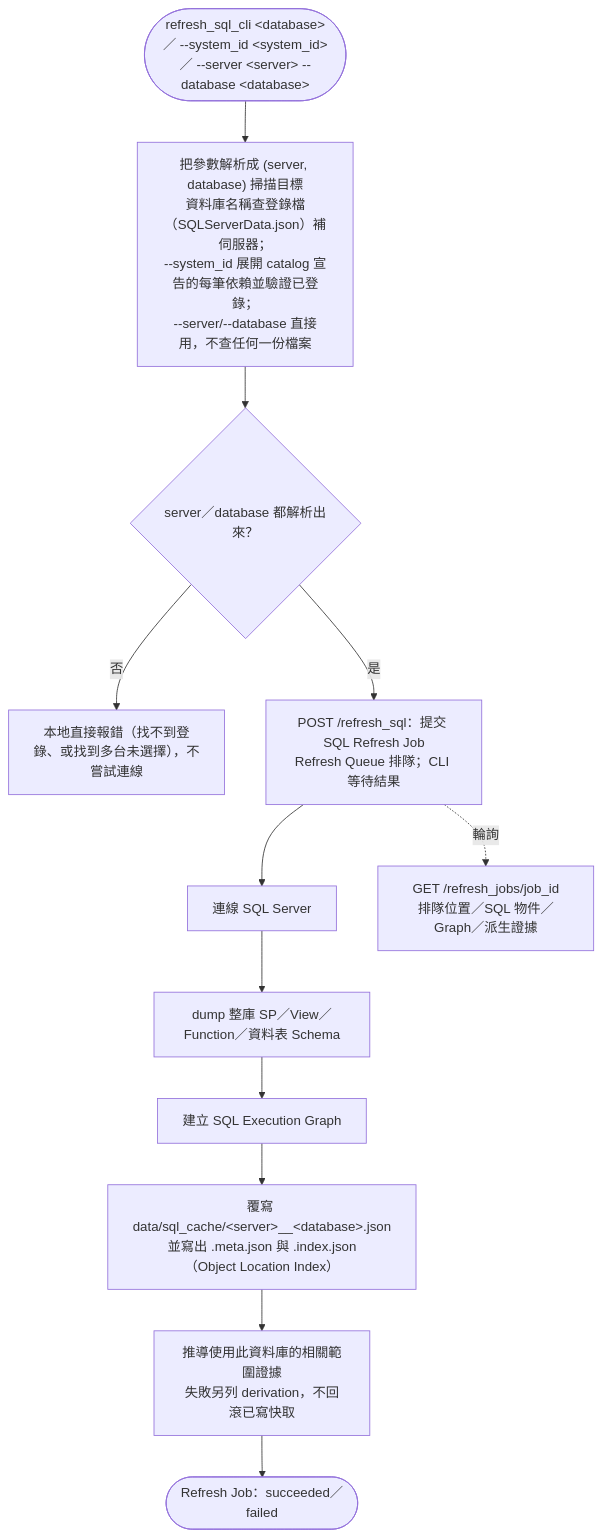
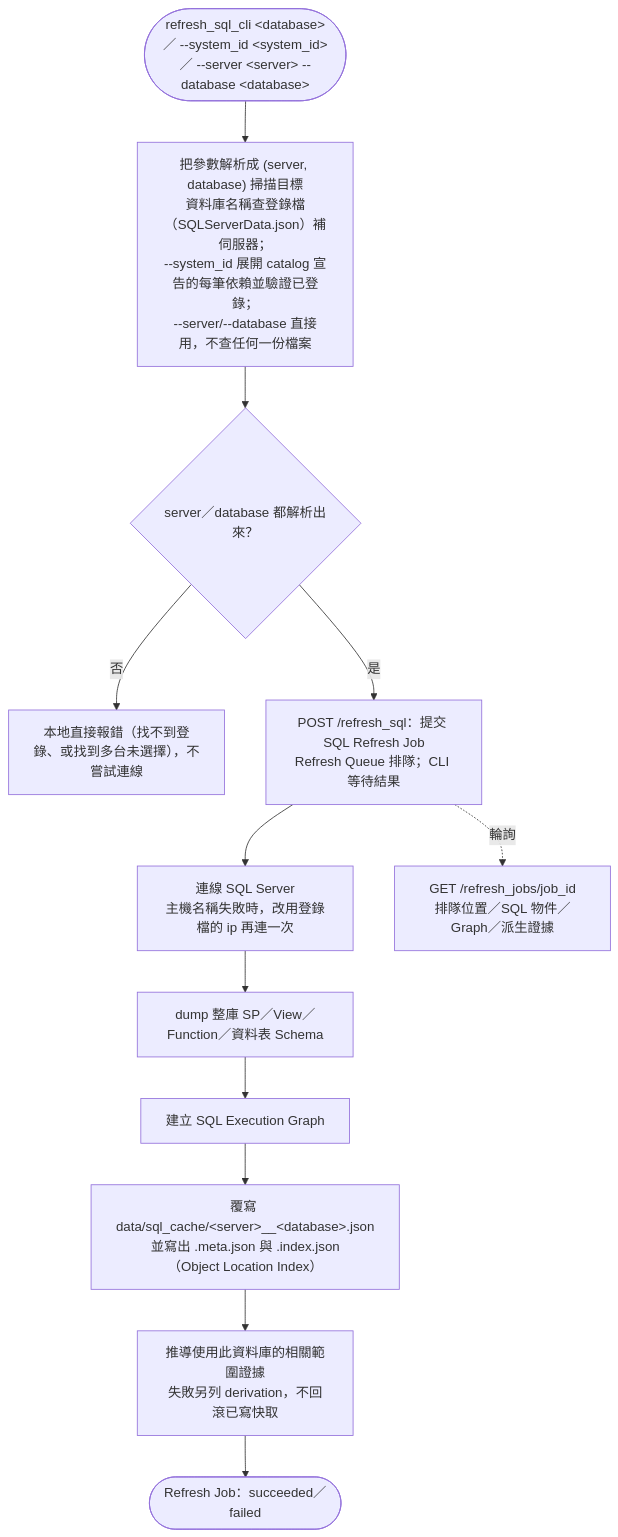
Before and after one commit to vy088772/Impact_analysis_system: the fourth of 7 diagrams in docs/流程圖.md, drawn with Mermaid. The commit also changed other lines of this file and 3 other files, not shown here.

````diff
--- a/docs/流程圖.md
+++ b/docs/流程圖.md
@@ -143,15 +145,15 @@
 ```mermaid
 flowchart TD
     Start(["refresh_sql_cli &lt;database&gt;<br/>／ --system_id &lt;system_id&gt;<br/>／ --server &lt;server&gt; --database &lt;database&gt;"]) --> Resolve["把參數解析成 (server, database) 掃描目標<br/>資料庫名稱查登錄檔（SQLServerData.json）補伺服器；<br/>--system_id 展開 catalog 宣告的每筆依賴並驗證已登錄；<br/>--server/--database 直接用，不查任何一份檔案"]
     Resolve --> Check{"server／database 都解析出來？"}
     Check -- 否 --> ClientErr["本地直接報錯（找不到登錄、或找到多台未選擇），不嘗試連線"]
     Check -- 是 --> Queue["POST /refresh_sql：提交 SQL Refresh Job<br/>Refresh Queue 排隊；CLI 等待結果"]
-    Queue --> Connect["連線 SQL Server"]
+    Queue --> Connect["連線 SQL Server<br/>主機名稱失敗時，改用登錄檔的 ip 再連一次"]
     Connect --> Dump["dump 整庫 SP／View／Function／資料表 Schema"]
     Dump --> Build["建立 SQL Execution Graph"]
     Build --> Save["覆寫 data/sql_cache/&lt;server&gt;__&lt;database&gt;.json<br/>並寫出 .meta.json 與 .index.json<br/>（Object Location Index）"]
     Save --> Derive["推導使用此資料庫的相關範圍證據<br/>失敗另列 derivation，不回滾已寫快取"]
     Derive --> Done(["Refresh Job：succeeded／failed"])
 
     Queue -.輪詢.-> Poll["GET /refresh_jobs/job_id<br/>排隊位置／SQL 物件／Graph／派生證據"]
 ```
````
